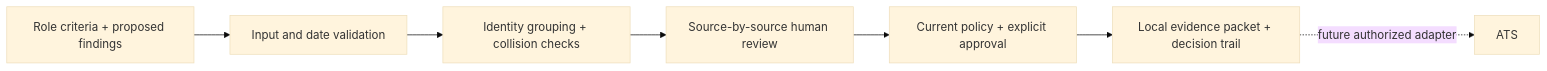
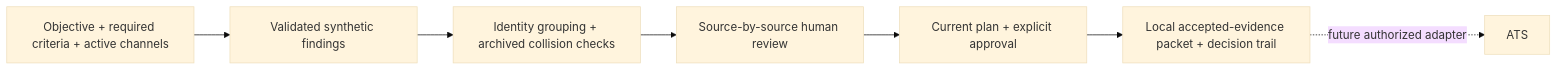
One commit to DiadkoShmek/talent-research-workflow-prototype changed the diagram in README.md. Above: the diagram before and after it, drawn with Mermaid (base theme). The commit also changed other lines of this file and 16 other files, not shown here.

Commit message:
Add configurable research plan and evidence coverage

````diff
--- a/README.md
+++ b/README.md
@@ -48,9 +50,9 @@
 ```mermaid
 flowchart LR
-    A[Role criteria + proposed findings] --> B[Input and date validation]
-    B --> C[Identity grouping + collision checks]
+    A[Objective + required criteria + active channels] --> B[Validated synthetic findings]
+    B --> C[Identity grouping + archived collision checks]
     C --> D[Source-by-source human review]
-    D --> E[Current policy + explicit approval]
-    E --> F[Local evidence packet + decision trail]
+    D --> E[Current plan + explicit approval]
+    E --> F[Local accepted-evidence packet + decision trail]
     F -. future authorized adapter .-> G[ATS]
 ```
````
